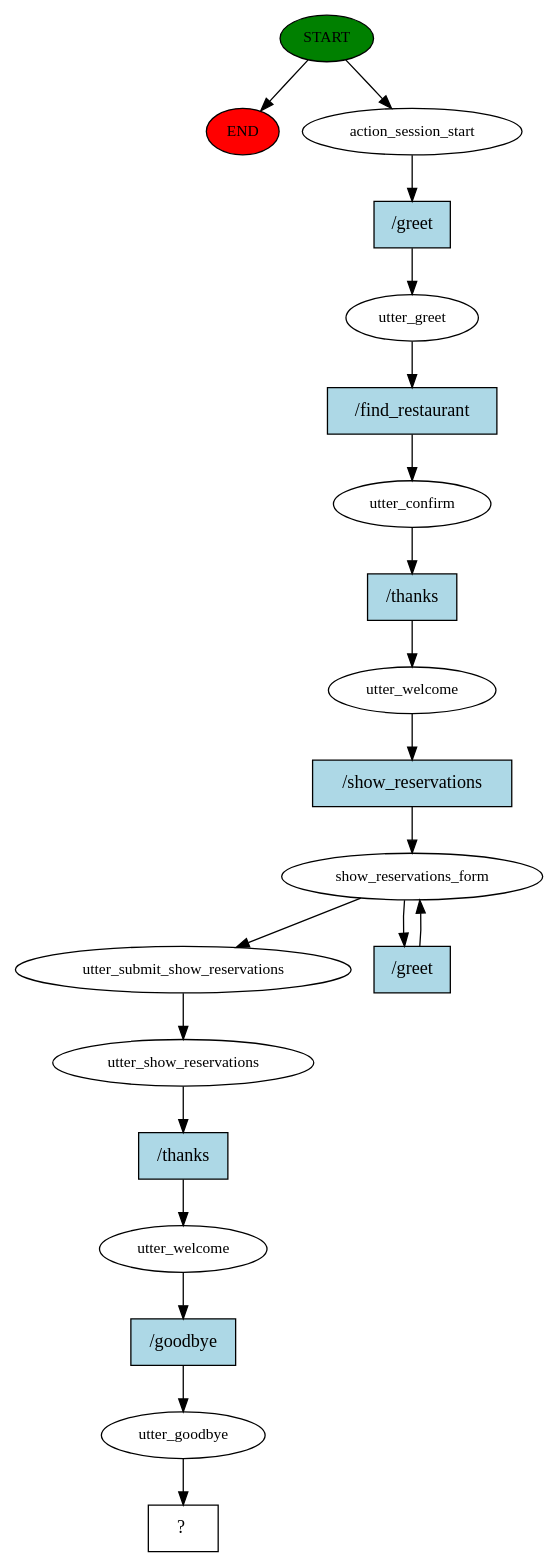
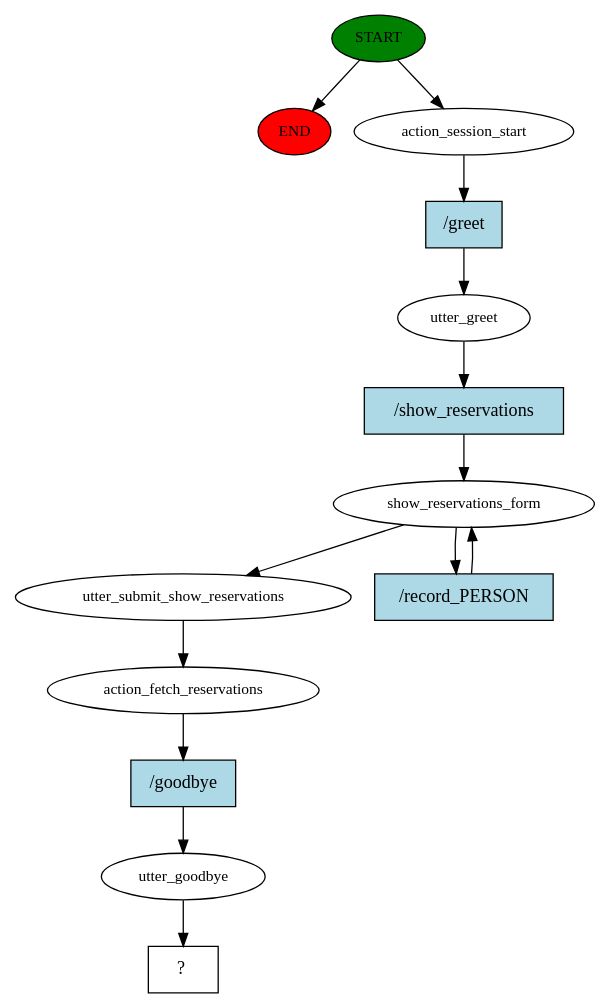
Before and after one commit to AsiaSzych/IU_Voice_Assistants: the diagram in rasa_chatbot/story_graph.dot, drawn with Graphviz. The commit also changed 8 other files, not shown here.

Commit message:
show reservations intent working with actions and spacy NER

```diff
--- a/rasa_chatbot/story_graph.dot
+++ b/rasa_chatbot/story_graph.dot
@@ -1,40 +1,28 @@
 digraph  {
 0 [class="start active", fillcolor=green, fontsize=12, label=START, style=filled];
 "-1" [class=end, fillcolor=red, fontsize=12, label=END, style=filled];
 1 [class=active, fontsize=12, label=action_session_start];
 2 [class=active, fontsize=12, label=utter_greet];
-3 [class=active, fontsize=12, label=utter_confirm];
-4 [class=active, fontsize=12, label=utter_welcome];
-5 [class=active, fontsize=12, label=show_reservations_form];
-7 [class=active, fontsize=12, label=utter_submit_show_reservations];
-8 [class=active, fontsize=12, label=utter_show_reservations];
-9 [class=active, fontsize=12, label=utter_welcome];
-10 [class=active, fontsize=12, label=utter_goodbye];
-11 [class="intent dashed active", label="  ?  ", shape=rect];
-12 [class="intent active", fillcolor=lightblue, label="/greet", shape=rect, style=filled];
-13 [class="intent active", fillcolor=lightblue, label="/find_restaurant", shape=rect, style=filled];
-14 [class="intent active", fillcolor=lightblue, label="/thanks", shape=rect, style=filled];
-15 [class="intent active", fillcolor=lightblue, label="/show_reservations", shape=rect, style=filled];
-16 [class="intent active", fillcolor=lightblue, label="/greet", shape=rect, style=filled];
-17 [class="intent active", fillcolor=lightblue, label="/thanks", shape=rect, style=filled];
-18 [class="intent active", fillcolor=lightblue, label="/goodbye", shape=rect, style=filled];
+3 [class=active, fontsize=12, label=show_reservations_form];
+5 [class=active, fontsize=12, label=utter_submit_show_reservations];
+6 [class=active, fontsize=12, label=action_fetch_reservations];
+7 [class=active, fontsize=12, label=utter_goodbye];
+8 [class="intent dashed active", label="  ?  ", shape=rect];
+9 [class="intent active", fillcolor=lightblue, label="/greet", shape=rect, style=filled];
+10 [class="intent active", fillcolor=lightblue, label="/show_reservations", shape=rect, style=filled];
+11 [class="intent active", fillcolor=lightblue, label="/record_PERSON", shape=rect, style=filled];
+12 [class="intent active", fillcolor=lightblue, label="/goodbye", shape=rect, style=filled];
 0 -> "-1"  [class="", key=NONE, label=""];
 0 -> 1  [class=active, key=NONE, label=""];
-1 -> 12  [class=active, key=0];
-2 -> 13  [class=active, key=0];
-3 -> 14  [class=active, key=0];
-4 -> 15  [class=active, key=0];
-5 -> 7  [class=active, key=NONE, label=""];
-5 -> 16  [class=active, key=0];
+1 -> 9  [class=active, key=0];
+2 -> 10  [class=active, key=0];
+3 -> 5  [class=active, key=NONE, label=""];
+3 -> 11  [class=active, key=0];
+5 -> 6  [class=active, key=NONE, label=""];
+6 -> 12  [class=active, key=0];
 7 -> 8  [class=active, key=NONE, label=""];
-8 -> 17  [class=active, key=0];
-9 -> 18  [class=active, key=0];
-10 -> 11  [class=active, key=NONE, label=""];
-12 -> 2  [class=active, key=0];
-13 -> 3  [class=active, key=0];
-14 -> 4  [class=active, key=0];
-15 -> 5  [class=active, key=0];
-16 -> 5  [class=active, key=0];
-17 -> 9  [class=active, key=0];
-18 -> 10  [class=active, key=0];
+9 -> 2  [class=active, key=0];
+10 -> 3  [class=active, key=0];
+11 -> 3  [class=active, key=0];
+12 -> 7  [class=active, key=0];
 }
```
